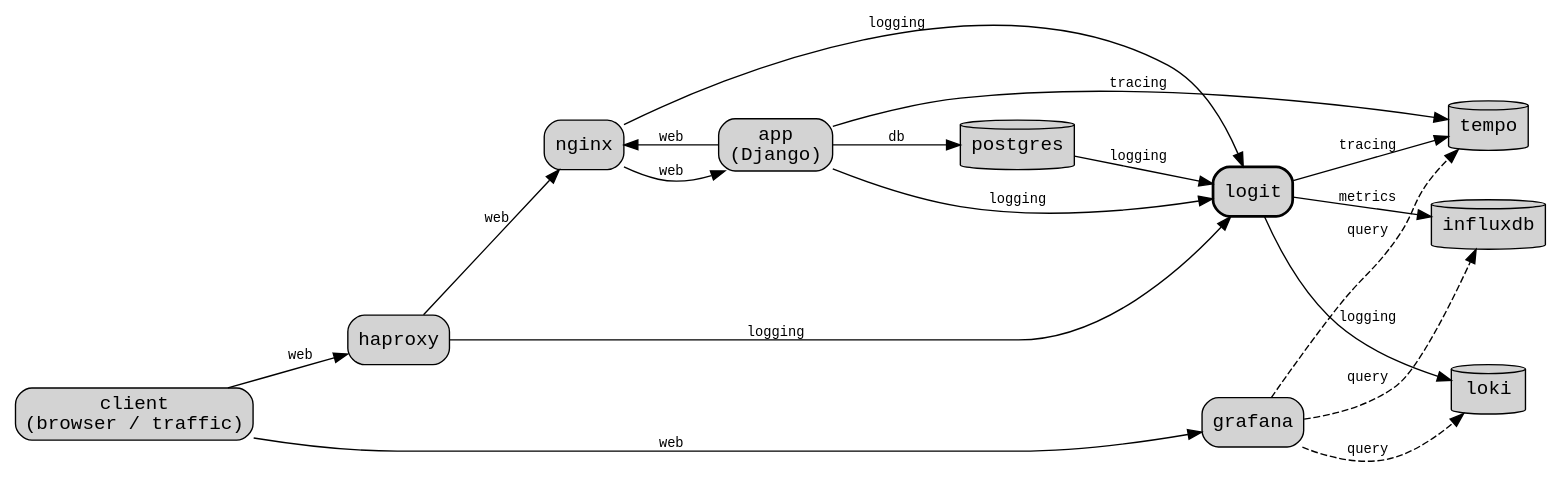
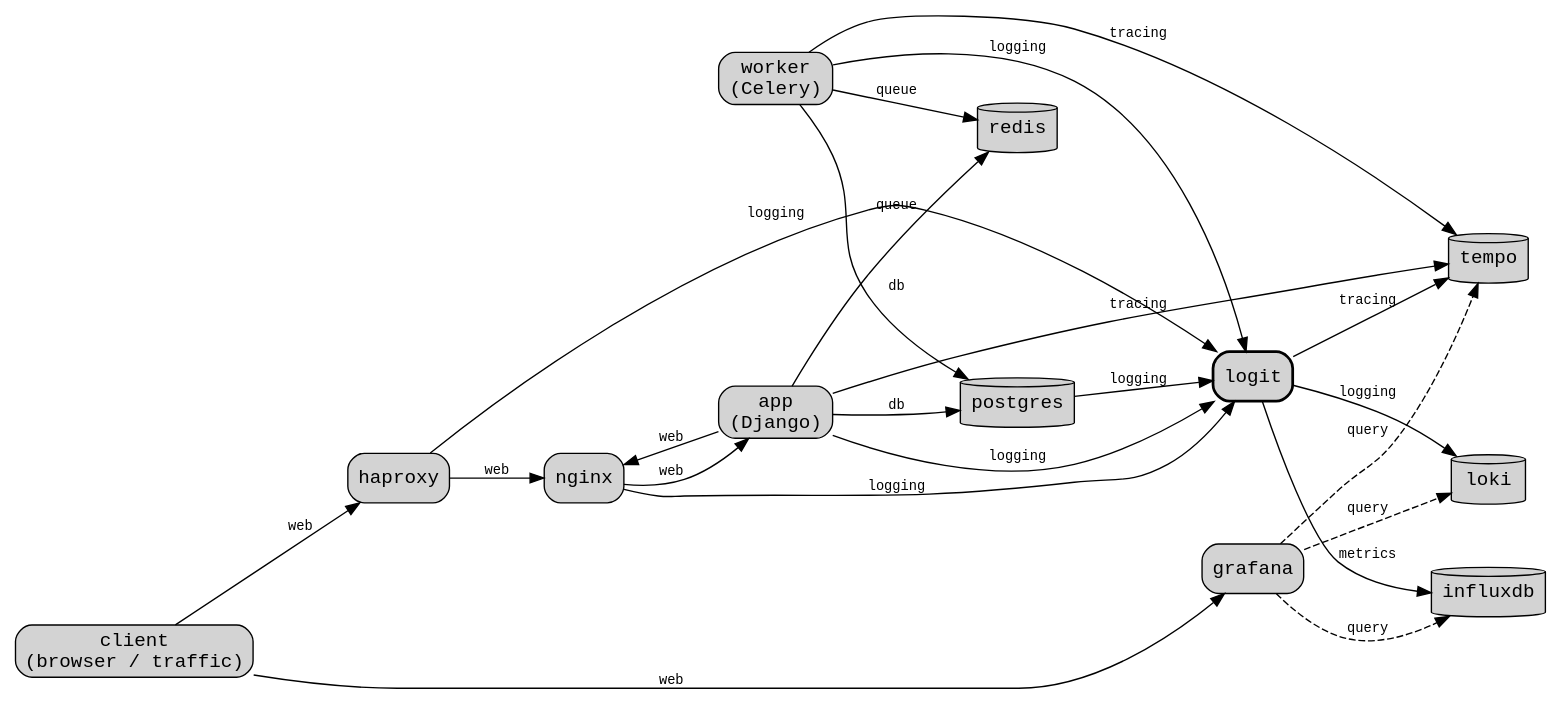
One commit to ross/logit changed the diagram in demo/architecture.dot. Above: the diagram before and after it, drawn with Graphviz. The commit also changed 12 other files, not shown here.

First line of the commit message:
feat(demo): a Celery worker over Redis -- traces that outlive their response

```diff
--- a/demo/architecture.dot
+++ b/demo/architecture.dot
@@ -1,100 +1,116 @@
 // The demo stack's service architecture -- who talks to whom, and what *kind* of traffic each
-// edge carries (web / logging / tracing / metrics / db / query), as opposed to demo/logit.yaml's own
+// edge carries (web / logging / tracing / metrics / db / queue / query), as opposed to
+// demo/logit.yaml's own
 // pipeline diagram (rendered live by `logit graph`, shown just below this one on the landing
 // page), which is about `logit`'s internal component graph and the wire protocol each edge uses.
 // The two are deliberately complementary, not overlapping: this is the macro service topology,
 // that's the pipeline's own internals.
 //
 // Hand-authored, not generated: unlike the pipeline diagram, there's no single machine-readable
 // source this could be derived from -- "traffic type" is a human judgment call spanning
 // demo/compose.yaml, demo/logit.yaml, and demo/app/gunicorn.conf.py. That means it CAN drift from
 // reality if the topology changes and this file isn't updated by hand alongside it -- keep it in
 // sync deliberately, the way the pipeline diagram is kept in sync automatically.
 //
 // Rendered the same way the pipeline diagram is (demo/compose.yaml's `arch-svg`, reusing
 // demo/graph-renderer's Graphviz image) -- just without a generation step first, since this file
 // is already the source, not an intermediate.
 digraph architecture {
   rankdir=LR;
   nodesep=0.45;
   ranksep=0.7;
   node [fontname="monospace"];
   edge [fontname="monospace", fontsize=10];
 
   // `style="filled,..."` with no explicit `fillcolor`, matching crates/logit-cli/src/dot.rs's own
   // node styling exactly -- both diagrams end up the same default Graphviz lightgrey, not one
   // white and one grey.
 
   // One node for both the real browser and demo/compose.yaml's `traffic` generator -- from
   // haproxy's (or grafana's) point of view they're indistinguishable, and `traffic` exists only
   // to generate demo load, not as part of the architecture proper.
   client [shape=box, style="filled,rounded", label="client\n(browser / traffic)"];
 
   haproxy [shape=box, style="filled,rounded"];
   nginx   [shape=box, style="filled,rounded"];
   app     [shape=box, style="filled,rounded", label="app\n(Django)"];
+  worker  [shape=box, style="filled,rounded", label="worker\n(Celery)"];
   logit   [shape=box, style="filled,rounded,bold"];
   grafana [shape=box, style="filled,rounded"];
 
-  // Cylinders for the four data stores -- the one shape this diagram uses that the pipeline
+  // Cylinders for the five data stores -- the one shape this diagram uses that the pipeline
   // diagram doesn't, on purpose: nothing in `logit graph`'s own vocabulary distinguishes "a
   // backend that holds data" from any other sink, but at the architecture level that distinction
-  // is exactly the point.
+  // is exactly the point. `redis` is a broker, not really "held data" the way the other four are
+  // -- grouped here anyway rather than invented a sixth shape for one node.
   loki     [shape=cylinder, style=filled];
   tempo    [shape=cylinder, style=filled];
   influxdb [shape=cylinder, style=filled];
   postgres [shape=cylinder, style=filled];
+  redis    [shape=cylinder, style=filled];
 
   // -- Web: the request path, plus the re-entrant hop `/work` adds -------------------------
   // (docs/plans/demo-richer-traces.md's workstream B): app calling back into nginx's own /inner
   // is a second, independent "web" edge in the opposite direction from nginx -> app below, not a
   // reuse of it -- the request genuinely re-enters the chain partway rather than looping in place.
   client  -> haproxy [label="web"];
   haproxy -> nginx   [label="web"];
   nginx   -> app     [label="web"];
   app     -> nginx   [label="web"];
   client  -> grafana [label="web"];
 
   // -- Logging: every tier's access log reaches `logit` ------------------------------------
   // haproxy's and app's over syslog; nginx's and postgres's by `logit` tailing their own logs
   // directly off the host instead -- nginx's Docker json-file log
   // (docs/adr/file-tailing-and-docker-json-logs.md, this demo's end-to-end proof for that ADR)
   // and postgres's plain rotating jsonlog directory (`tail_in`, docs/plans/demo-richer-traces.md's
   // workstream C). Still one "logging" edge either way: the distinction is a transport detail
   // this architecture-level diagram doesn't otherwise draw (demo/logit.yaml's own topology
   // comment has the tailing-specific detail).
   haproxy  -> logit [label="logging"];
   nginx    -> logit [label="logging"];
   app      -> logit [label="logging"];
+  worker   -> logit [label="logging"];
   postgres -> logit [label="logging"];
   logit    -> loki  [label="logging"];
 
-  // -- db: app's own reads/writes against its database -------------------------------------
+  // -- db: reads/writes against Postgres, from either app-tier process ---------------------
   // A distinct category from "query" below -- that's Grafana reading back what this stack itself
-  // wrote; this is `app` reading and writing its own state, over `psycopg`
-  // (docs/plans/demo-richer-traces.md's workstream C).
-  app -> postgres [label="db"];
+  // wrote; this is `app`/`worker` reading and writing their own state, over `psycopg`
+  // (docs/plans/demo-richer-traces.md's workstream C). Both, not just `app` -- `pages/tasks.py`'s
+  // task writes too, from the `worker` process specifically (workstream D).
+  app    -> postgres [label="db"];
+  worker -> postgres [label="db"];
+
+  // -- queue: Celery's own broker traffic ---------------------------------------------------
+  // `app` publishes (`.delay()`, pages/views.py's `work`); `worker` consumes -- two edges, one
+  // real exchange, same as `nginx -> app`/`app -> nginx` above being drawn as two directed edges
+  // rather than implying a single bidirectional one (docs/plans/demo-richer-traces.md workstream D).
+  app    -> redis [label="queue"];
+  worker -> redis [label="queue"];
 
   // -- Tracing: two independent paths into Tempo -------------------------------------------
   // `logit`'s own internal spans travel this edge, and so do haproxy's/nginx's real access-line
   // spans (docs/adr/trace-context-span-lifting.md's `span:` block, derived from the same log
   // line the "logging" edges above already show -- one wire, two signals, no new edge needed
-  // here). `app`'s real request spans -- and, as of workstream C, its `psycopg` CLIENT spans for
-  // every statement against `postgres` -- go straight to Tempo's own OTLP receiver instead,
+  // here). `app`'s real request/database-client/Celery-producer spans, and `worker`'s own
+  // Celery-consumer/database-client spans, go straight to Tempo's own OTLP receiver instead,
   // deliberately bypassing `logit` (docs/plans/demo-tracing-stack.md's "Decisions already
   // settled") -- not every telemetry leg needs `logit` in front of it, and this diagram shows
-  // that honestly rather than drawing an edge through `logit` that doesn't exist. `postgres`
-  // itself gets no edge into `tempo` -- it runs no SDK; its trace id reaches Loki only, via the
-  // "logging" edge above.
-  logit -> tempo [label="tracing"];
-  app   -> tempo [label="tracing"];
+  // that honestly rather than drawing an edge through `logit` that doesn't exist. `postgres` and
+  // `redis` themselves get no edge into `tempo` -- neither runs an SDK; postgres's trace id
+  // reaches Loki only, via the "logging" edge above, and redis's isn't captured by this demo at
+  // all (the broker traffic is instrumented from both endpoints, not the broker itself).
+  logit  -> tempo [label="tracing"];
+  app    -> tempo [label="tracing"];
+  worker -> tempo [label="tracing"];
 
   // -- Metrics -------------------------------------------------------------------------------
   logit -> influxdb [label="metrics"];
 
   // -- Query: Grafana reading back what everything else wrote, dashed to set it visually apart
   // from the push/write traffic above -------------------------------------------------------
   grafana -> loki     [label="query", style=dashed];
   grafana -> tempo    [label="query", style=dashed];
   grafana -> influxdb [label="query", style=dashed];
 }
```
